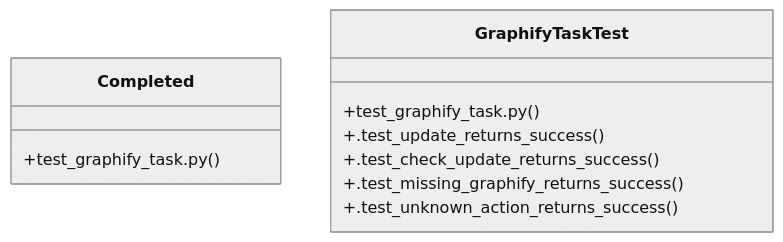
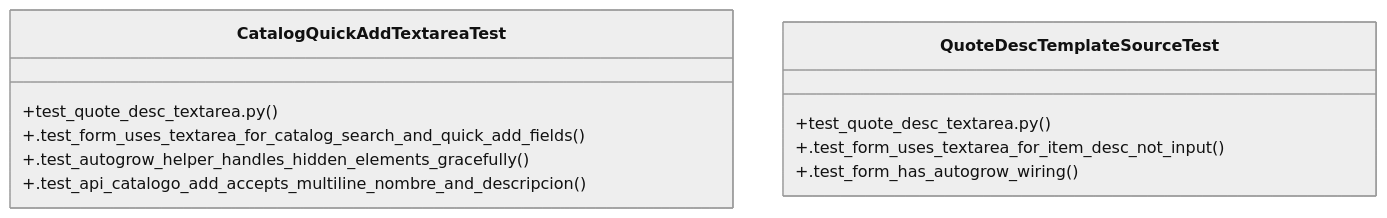
One commit to Daftrick/ProjectTracker changed the diagram in graphify-out/wiki/Community_31.md. Above: the diagram before and after it, drawn with Mermaid (neutral theme). The commit also changed other lines of this file and 414 other files, not shown here.

````diff
--- a/graphify-out/wiki/Community_31.md
+++ b/graphify-out/wiki/Community_31.md
@@ -19,13 +19,14 @@
 ```mermaid
 classDiagram
-    class Completed {
-        +test_graphify_task.py()
+    class CatalogQuickAddTextareaTest {
+        +test_quote_desc_textarea.py()
+        +.test_form_uses_textarea_for_catalog_search_and_quick_add_fields()
+        +.test_autogrow_helper_handles_hidden_elements_gracefully()
+        +.test_api_catalogo_add_accepts_multiline_nombre_and_descripcion()
     }
-    class GraphifyTaskTest {
-        +test_graphify_task.py()
-        +.test_update_returns_success()
-        +.test_check_update_returns_success()
-        +.test_missing_graphify_returns_success()
-        +.test_unknown_action_returns_success()
+    class QuoteDescTemplateSourceTest {
+        +test_quote_desc_textarea.py()
+        +.test_form_uses_textarea_for_item_desc_not_input()
+        +.test_form_has_autogrow_wiring()
     }
 ```
````
